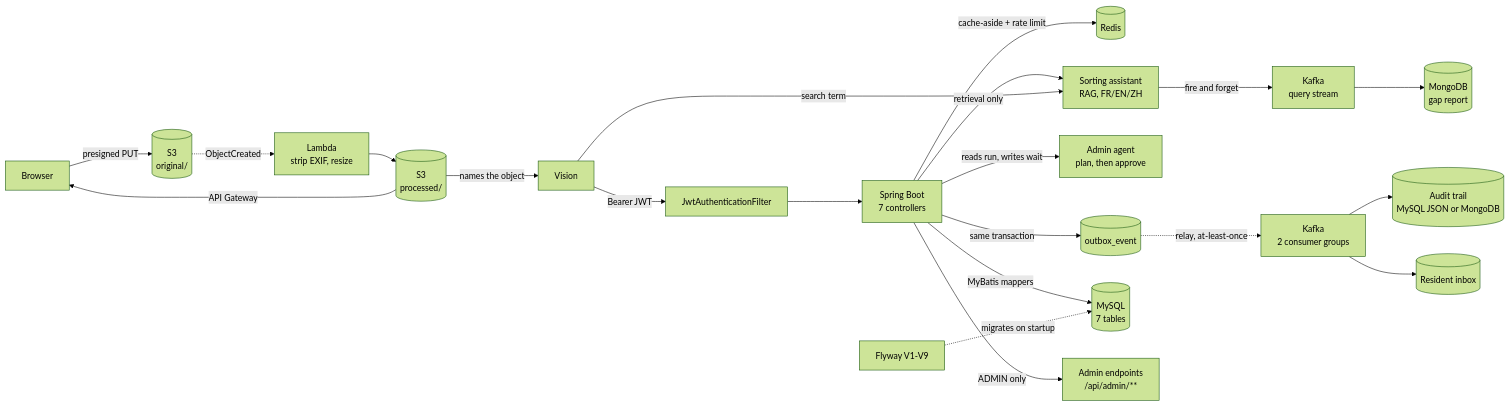
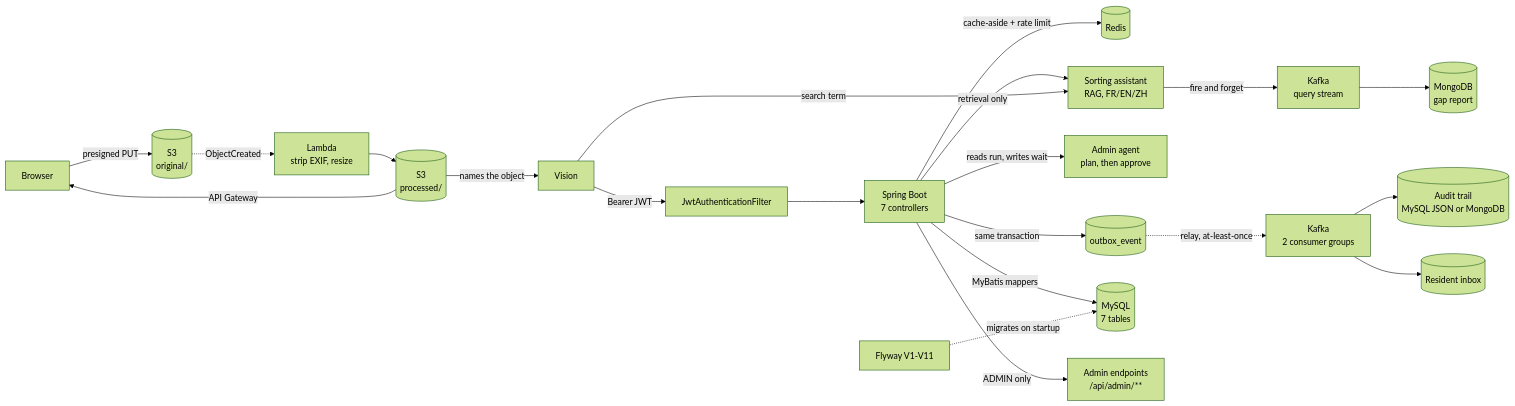
One commit to kingmars2022/blainville-waste-sorting changed the diagram in README.md. Above: the diagram before and after it, drawn with Mermaid (forest theme). The commit also changed other lines of this file and 24 other files, not shown here.

````diff
--- a/README.md
+++ b/README.md
@@ -8,23 +8,23 @@
 ```mermaid
 flowchart LR
     V["Vue 3 console<br/>FR / EN / ZH"] -->|"Bearer JWT"| F["JwtAuthenticationFilter"]
     F --> A["Spring Boot<br/>7 controllers"]
     A -->|"cache-aside + rate limit"| R[("Redis")]
     A -->|"retrieval only"| AI["Sorting assistant<br/>RAG, FR/EN/ZH"]
     A -->|"reads run, writes wait"| AG["Admin agent<br/>plan, then approve"]
     B["Browser"] -->|"presigned PUT"| S3[("S3<br/>original/")]
     S3 -.->|"ObjectCreated"| L["Lambda<br/>strip EXIF, resize"]
     L --> S3P[("S3<br/>processed/")]
     S3P -->|"API Gateway"| B
     S3P -->|"names the object"| V["Vision"]
     V -->|"search term"| AI
     A -->|"same transaction"| OB[("outbox_event")]
     OB -.->|"relay, at-least-once"| K["Kafka<br/>2 consumer groups"]
     K --> AU[("Audit trail<br/>MySQL JSON or MongoDB")]
     K --> IN[("Resident inbox")]
     AI -->|"fire and forget"| K2["Kafka<br/>query stream"]
     K2 --> MG[("MongoDB<br/>gap report")]
     A -->|"MyBatis mappers"| D[("MySQL<br/>7 tables")]
-    FW["Flyway V1-V9"] -.->|"migrates on startup"| D
+    FW["Flyway V1-V11"] -.->|"migrates on startup"| D
     A -->|"ADMIN only"| ADM["Admin endpoints<br/>/api/admin/**"]
 ```
````
